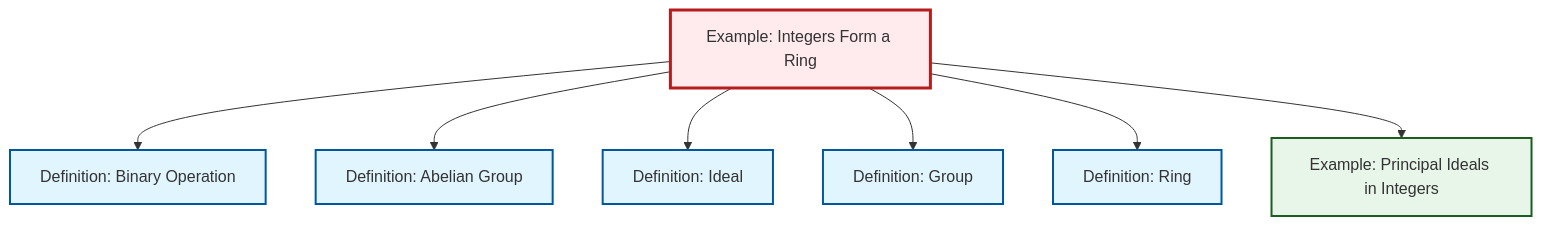
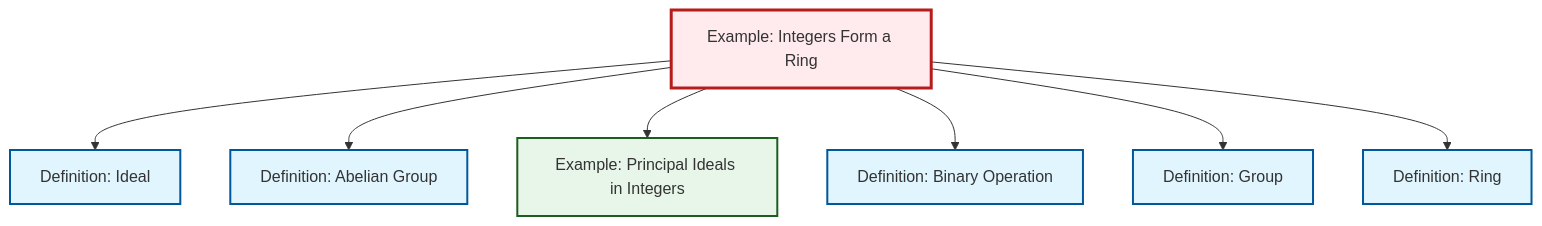
The diagram in content/ja/algebra/ex-integers-ring.qmd (RK0429/ModernMath), drawn with Mermaid before and after one commit. The commit also changed other lines of this file and 615 other files, not shown here.

````diff
--- a/content/ja/algebra/ex-integers-ring.qmd
+++ b/content/ja/algebra/ex-integers-ring.qmd
@@ -65,29 +65,29 @@
 ```{mermaid}
 %%| fig-cap: "Local dependency graph"
 graph TD
     classDef definition fill:#e1f5fe,stroke:#01579b,stroke-width:2px
     classDef theorem fill:#f3e5f5,stroke:#4a148c,stroke-width:2px
     classDef axiom fill:#fff3e0,stroke:#e65100,stroke-width:2px
     classDef example fill:#e8f5e9,stroke:#1b5e20,stroke-width:2px
     classDef current fill:#ffebee,stroke:#b71c1c,stroke-width:3px
+    def-group["Definition: Group"]:::definition
     def-ideal["Definition: Ideal"]:::definition
+    def-binary-operation["Definition: Binary Operation"]:::definition
     def-abelian-group["Definition: Abelian Group"]:::definition
+    ex-integers-ring["Example: Integers Form a Ring"]:::example
     def-ring["Definition: Ring"]:::definition
     ex-principal-ideal["Example: Principal Ideals in Integers"]:::example
-    ex-integers-ring["Example: Integers Form a Ring"]:::example
-    def-group["Definition: Group"]:::definition
-    def-binary-operation["Definition: Binary Operation"]:::definition
+    ex-integers-ring --> def-ideal
+    ex-integers-ring --> def-abelian-group
+    ex-integers-ring --> ex-principal-ideal
     ex-integers-ring --> def-binary-operation
-    ex-integers-ring --> def-abelian-group
-    ex-integers-ring --> def-ideal
     ex-integers-ring --> def-group
     ex-integers-ring --> def-ring
-    ex-integers-ring --> ex-principal-ideal
     class ex-integers-ring current
+    click def-group "def-group.html" "Definition: Groupへ"
     click def-ideal "def-ideal.html" "Definition: Idealへ"
+    click def-binary-operation "def-binary-operation.html" "Definition: Binary Operationへ"
     click def-abelian-group "def-abelian-group.html" "Definition: Abelian Groupへ"
     click def-ring "def-ring.html" "Definition: Ringへ"
     click ex-principal-ideal "ex-principal-ideal.html" "Example: Principal Ideals in Integersへ"
-    click def-group "def-group.html" "Definition: Groupへ"
-    click def-binary-operation "def-binary-operation.html" "Definition: Binary Operationへ"
 ```
````
